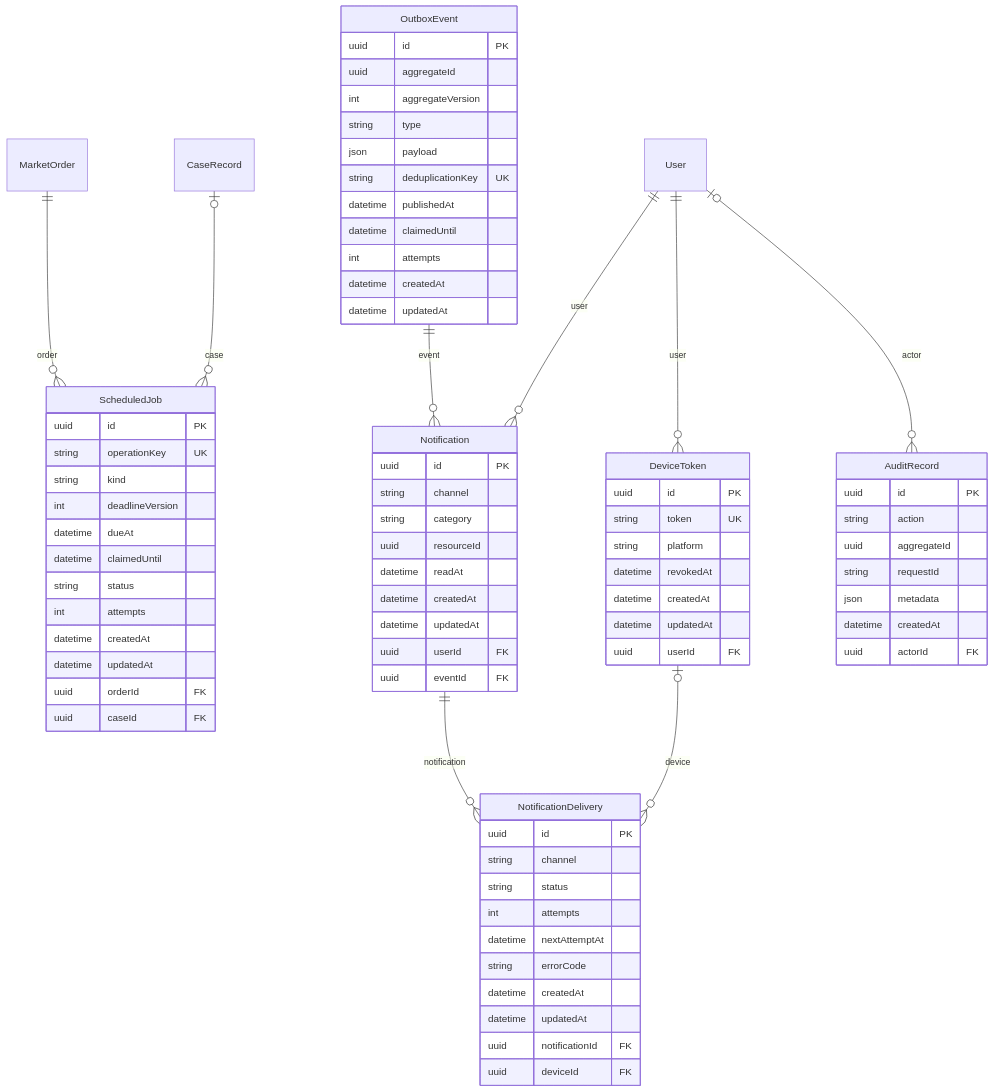
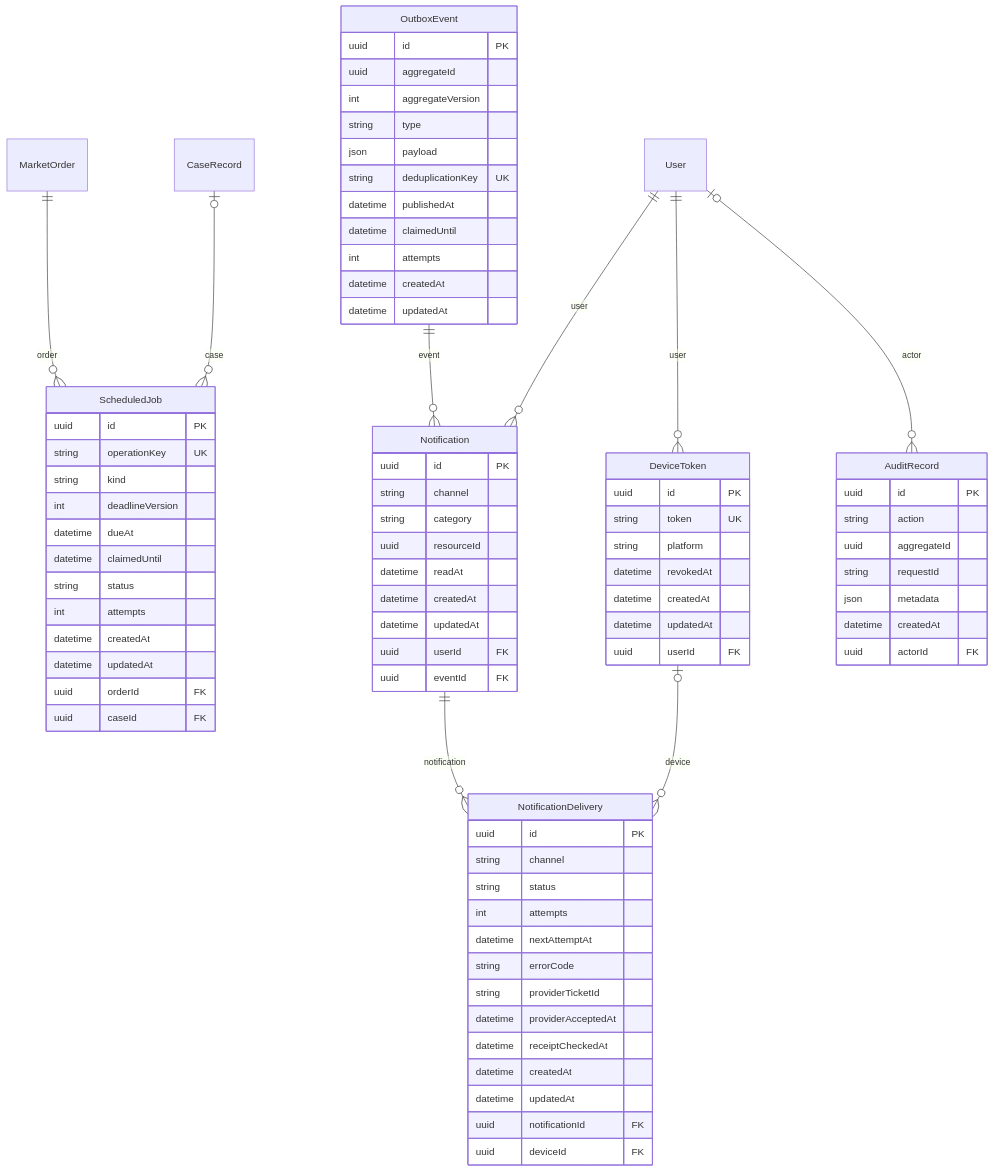
The seventh of 7 diagrams in docs/ERD.md (Fadi-Habil17/syrian-marketplace), drawn with Mermaid before and after one commit. The commit also changed other lines of this file and 159 other files, not shown here.

````diff
--- a/docs/ERD.md
+++ b/docs/ERD.md
@@ -918,79 +925,82 @@
 ```mermaid
 erDiagram
   OutboxEvent {
     uuid id PK
     uuid aggregateId
     int aggregateVersion
     string type
     json payload
     string deduplicationKey UK
     datetime publishedAt
     datetime claimedUntil
     int attempts
     datetime createdAt
     datetime updatedAt
   }
   MarketOrder ||--o{ ScheduledJob : order
   CaseRecord o|--o{ ScheduledJob : case
   ScheduledJob {
     uuid id PK
     string operationKey UK
     string kind
     int deadlineVersion
     datetime dueAt
     datetime claimedUntil
     string status
     int attempts
     datetime createdAt
     datetime updatedAt
     uuid orderId FK
     uuid caseId FK
   }
   User ||--o{ Notification : user
   OutboxEvent ||--o{ Notification : event
   Notification {
     uuid id PK
     string channel
     string category
     uuid resourceId
     datetime readAt
     datetime createdAt
     datetime updatedAt
     uuid userId FK
     uuid eventId FK
   }
   User ||--o{ DeviceToken : user
   DeviceToken {
     uuid id PK
     string token UK
     string platform
     datetime revokedAt
     datetime createdAt
     datetime updatedAt
     uuid userId FK
   }
   Notification ||--o{ NotificationDelivery : notification
   DeviceToken o|--o{ NotificationDelivery : device
   NotificationDelivery {
     uuid id PK
     string channel
     string status
     int attempts
     datetime nextAttemptAt
     string errorCode
+    string providerTicketId
+    datetime providerAcceptedAt
+    datetime receiptCheckedAt
     datetime createdAt
     datetime updatedAt
     uuid notificationId FK
     uuid deviceId FK
   }
   User o|--o{ AuditRecord : actor
   AuditRecord {
     uuid id PK
     string action
     uuid aggregateId
     string requestId
     json metadata
     datetime createdAt
     uuid actorId FK
   }
 ```
````
